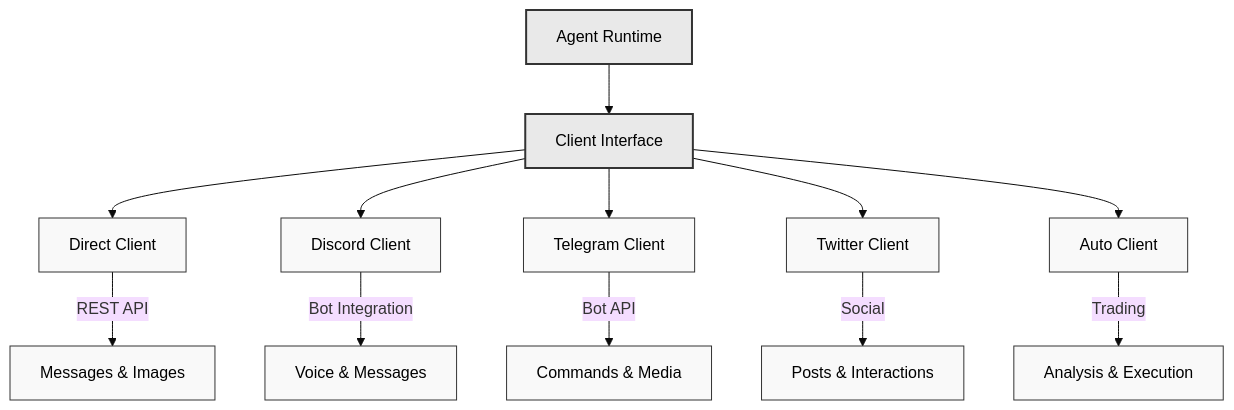
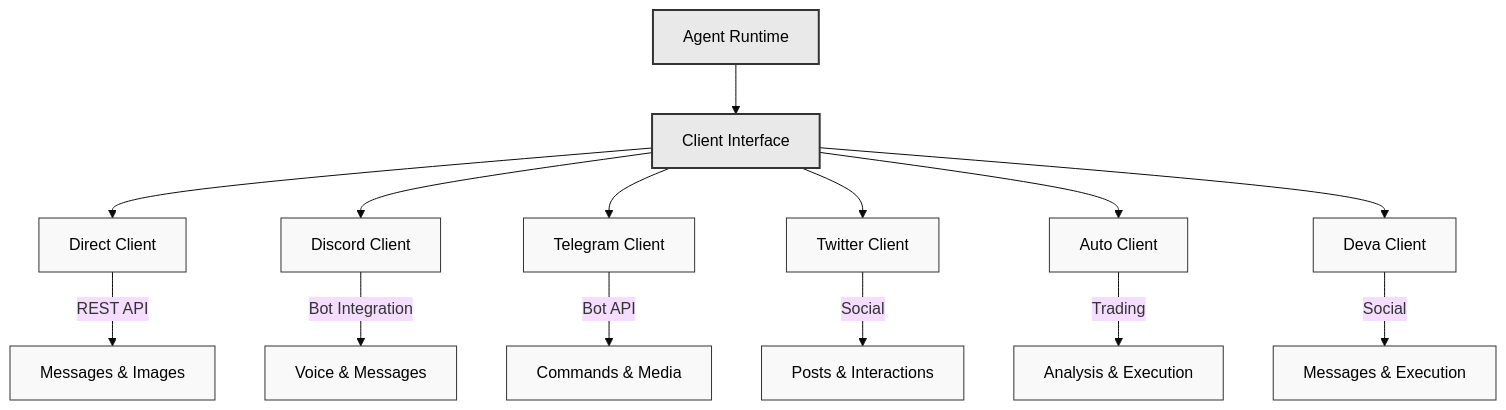
One commit to VaibhavArora19/multiversx changed the diagram in eliza/docs/docs/packages/clients.md. Above: the diagram before and after it, drawn with Mermaid (base theme). The commit also changed other lines of this file and 3253 other files, not shown here.

````diff
--- a/eliza/docs/docs/packages/clients.md
+++ b/eliza/docs/docs/packages/clients.md
@@ -9,26 +9,28 @@
 ```mermaid
 graph TD
     RT["Agent Runtime"]
     CI["Client Interface"]
     RT --> CI
 
     %% Main Clients
     CI --> DC["Direct Client"]
     CI --> DSC["Discord Client"]
     CI --> TC["Telegram Client"]
     CI --> TWC["Twitter Client"]
     CI --> AC["Auto Client"]
+    CI --> DEVA["Deva Client"]
 
     %% Key Features - one per client for clarity
     DC --> |"REST API"| DC1["Messages & Images"]
     DSC --> |"Bot Integration"| DSC1["Voice & Messages"]
     TC --> |"Bot API"| TC1["Commands & Media"]
     TWC --> |"Social"| TWC1["Posts & Interactions"]
     AC --> |"Trading"| AC1["Analysis & Execution"]
+    DEVA --> |"Social"| DEVA1["Messages & Execution"]
 
     %% Simple styling with better contrast and black text
     classDef default fill:#f9f9f9,stroke:#333,stroke-width:1px,color:black
     classDef highlight fill:#e9e9e9,stroke:#333,stroke-width:2px,color:black
 
     class RT,CI highlight
 ```
````
